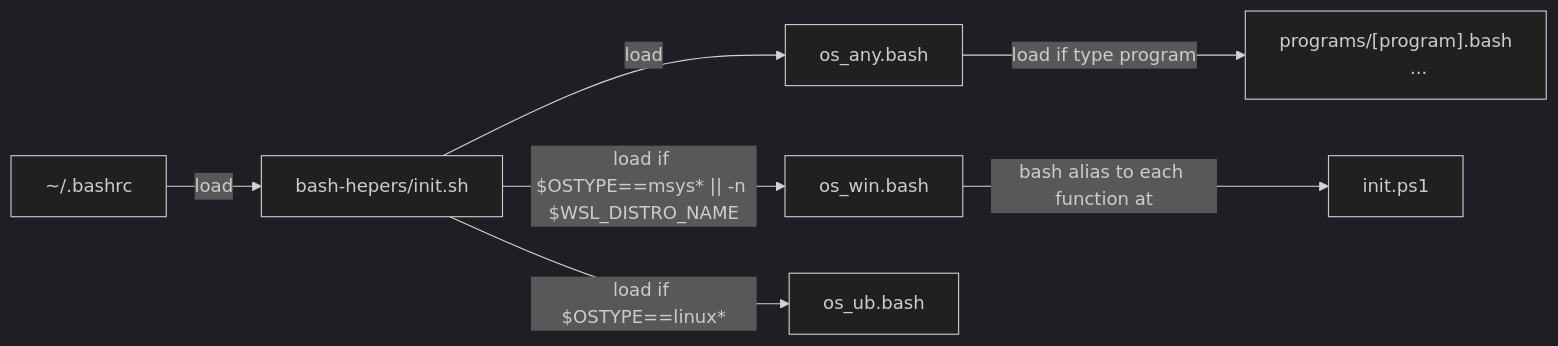
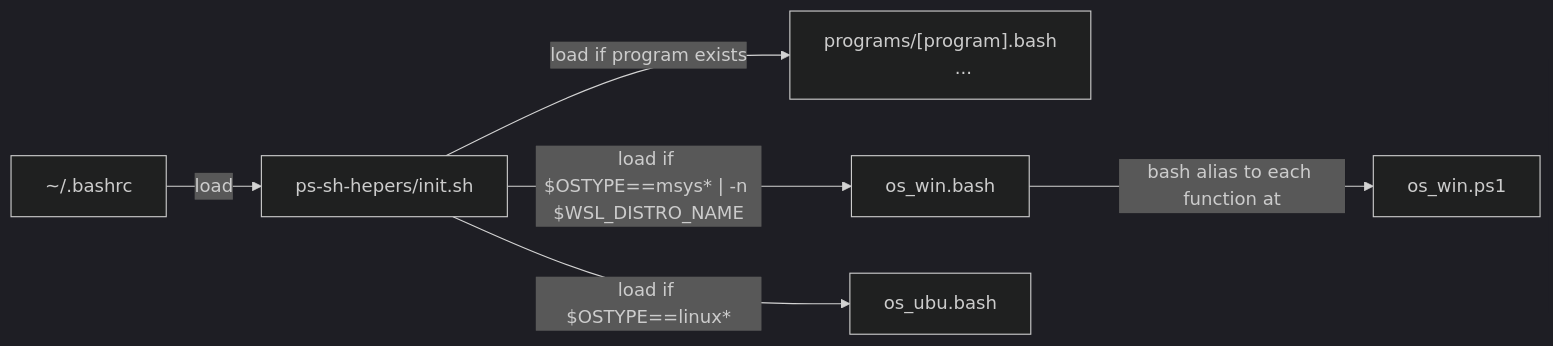
Before and after one commit to alanlivio/ps-sh-helpers: the first of 2 diagrams in README.md, drawn with Mermaid. The commit also changed other lines of this file and 5 other files, not shown here.

Commit message:
rm os_any.bash

````diff
--- a/README.md
+++ b/README.md
@@ -7,20 +5,18 @@
 ```mermaid
 %%{init: {'theme':'dark'}}%%
 flowchart LR
     bashrc["~/.bashrc"]
-    init["bash-hepers/init.sh"]
-    anyos["os_any.bash"]
-    oswinps1["init.ps1"]
+    init["ps-sh-hepers/init.sh"]
+    oswinps1["os_win.ps1"]
     program-dependent["
         programs/[program].bash
         ...
     "]
     win["os_win.bash"]
-    ubu["os_ub.bash"]
+    ubu["os_ubu.bash"]
     bashrc --> |"load"| init
-    init --> |"load"| anyos
-    anyos --> |"load if type program"| program-dependent
+    init --> |"load if program exists"| program-dependent
     win --> |"bash alias to each function at"| oswinps1
-    init --> |"load if $OSTYPE==msys* || -n $WSL_DISTRO_NAME"| win
+    init --> |"load if $OSTYPE==msys* | -n $WSL_DISTRO_NAME"| win
     init --> |"load if $OSTYPE==linux*"| ubu
 ```
````
